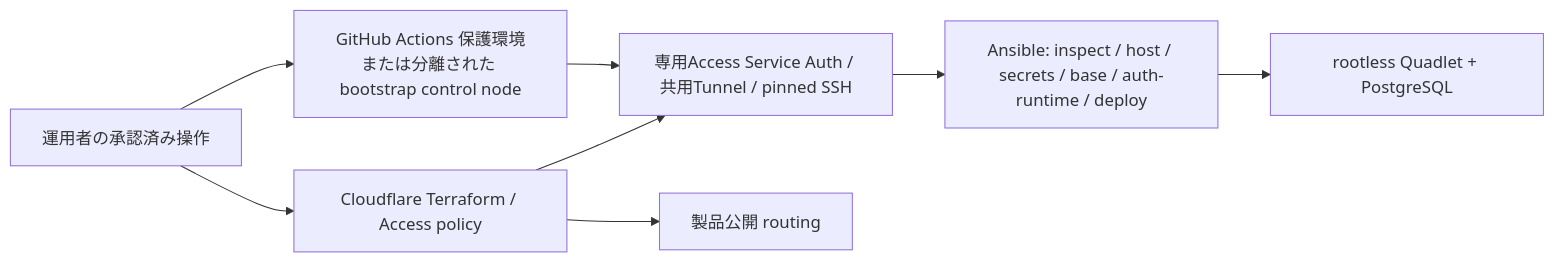
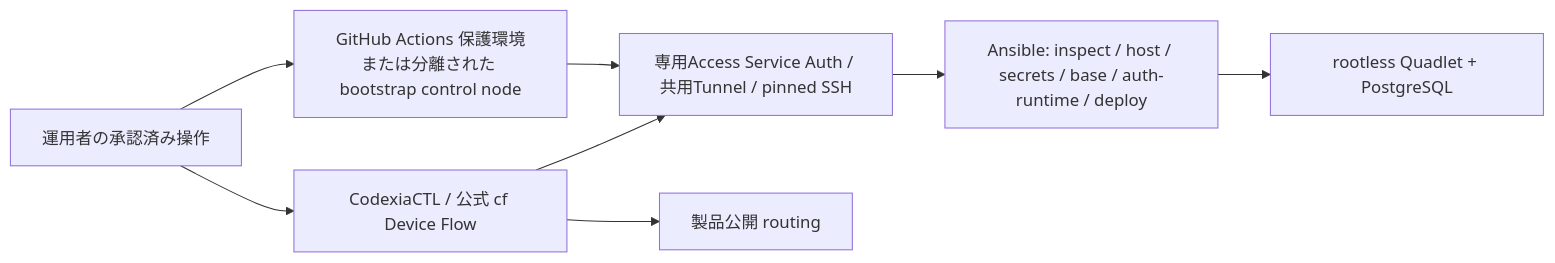
The diagram in docs/architecture/diagrams/admin-3.mmd (yohn-jp/codexia), drawn with Mermaid before and after one commit. The commit also changed 4 other files, not shown here.

Commit message:
docs(deploy): use CodexiaCTL for Cloudflare migration and recovery

```diff
--- a/docs/architecture/diagrams/admin-3.mmd
+++ b/docs/architecture/diagrams/admin-3.mmd
@@ -1,8 +1,8 @@
 flowchart LR
     ADMIN["運用者の承認済み操作"] --> HOST["GitHub Actions 保護環境<br/>または分離された bootstrap control node"]
     HOST --> SSH["専用Access Service Auth / 共用Tunnel / pinned SSH"]
     SSH --> ANS["Ansible: inspect / host / secrets / base / auth-runtime / deploy"]
     ANS --> QUAD["rootless Quadlet + PostgreSQL"]
-    ADMIN --> EDGE["Cloudflare Terraform / Access policy"]
+    ADMIN --> EDGE["CodexiaCTL / 公式 cf Device Flow"]
     EDGE --> ROUTE["製品公開 routing"]
     EDGE --> SSH
```
